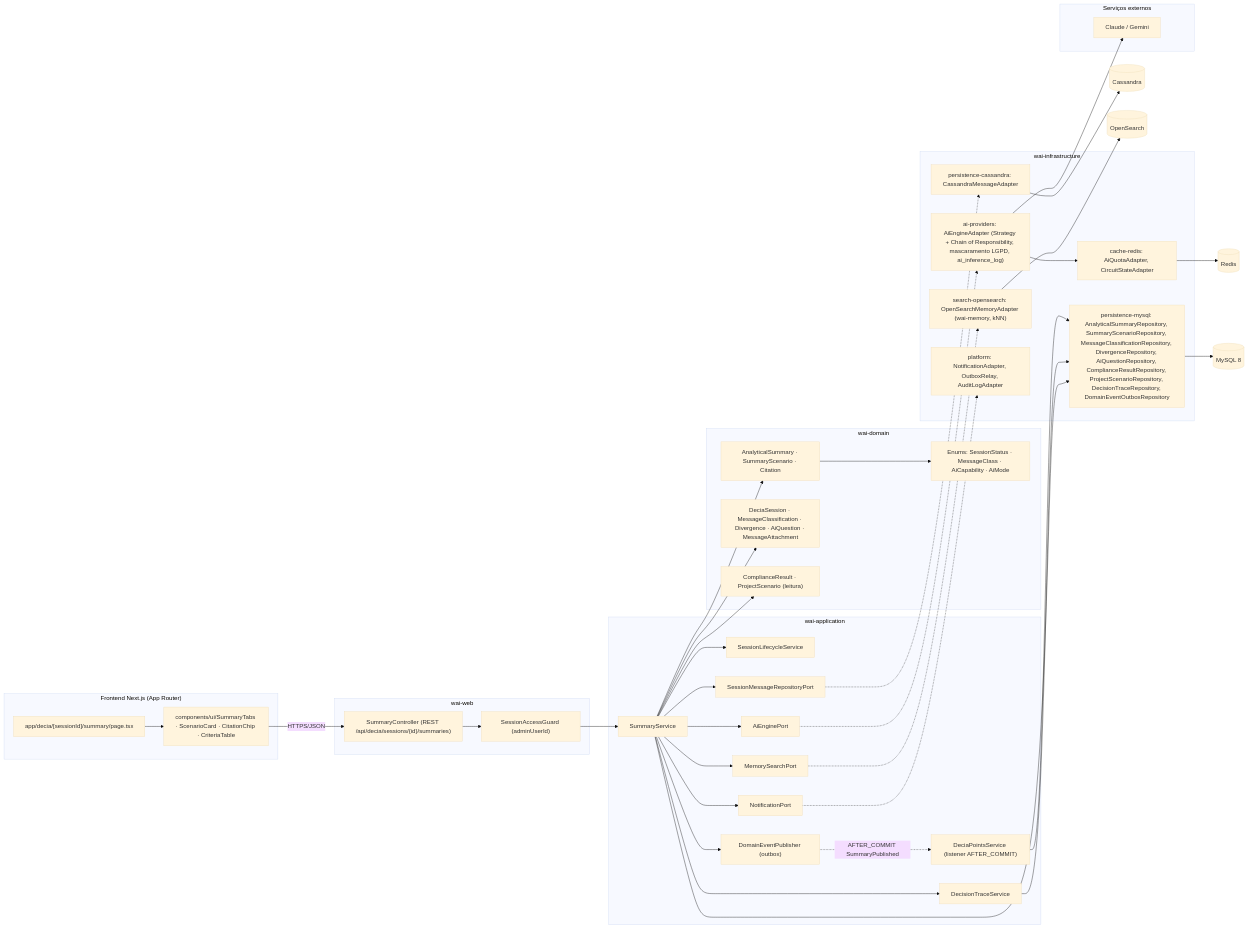
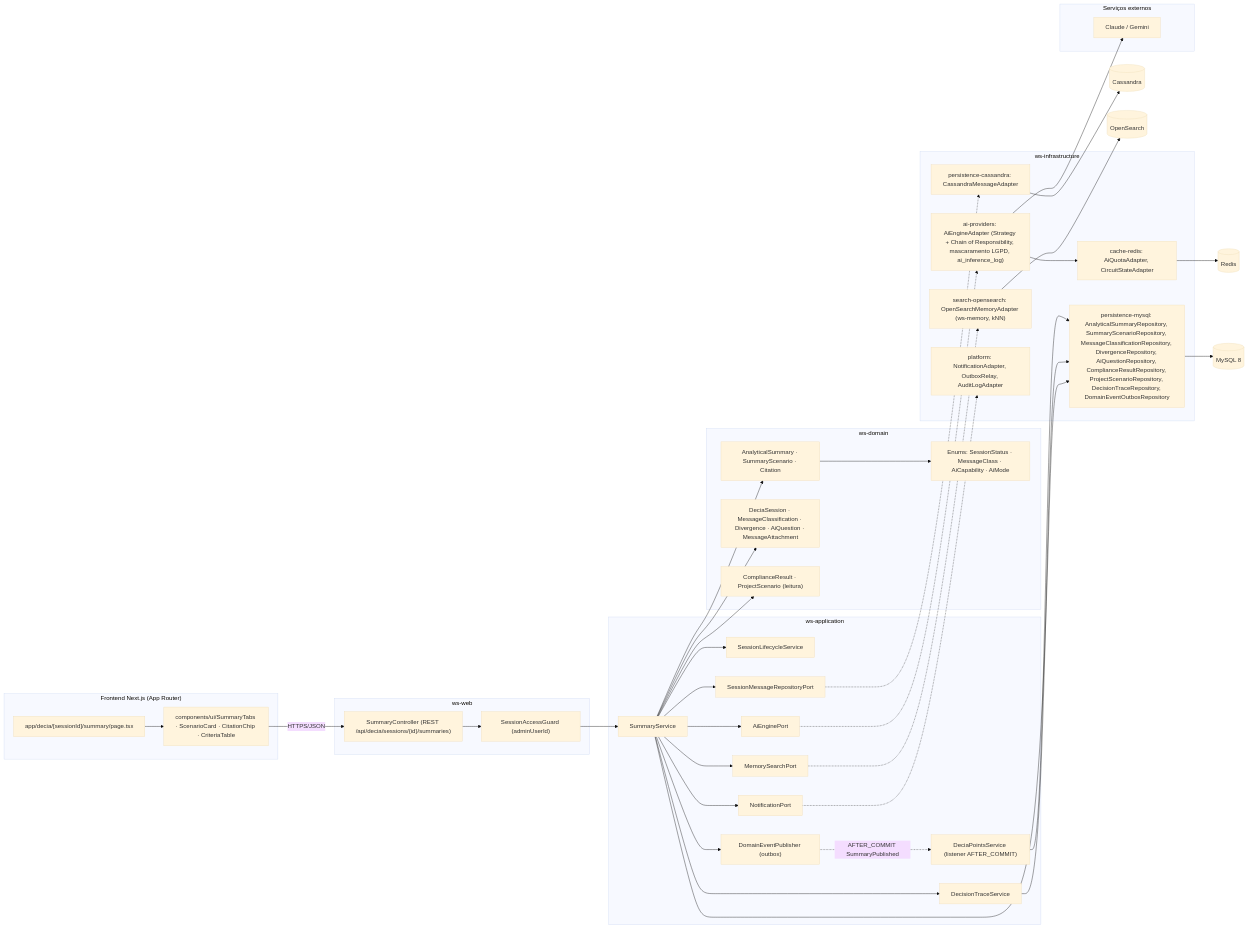
Before and after one commit to MatheusHaliski/Decia-app-2026: the fifth of 5 diagrams in docs/diagramas/RF11/README.md, drawn with Mermaid (base theme). The commit also changed other lines of this file and 65 other files, not shown here.

First line of the commit message:
docs: renomeia o produto para Work Station (módulos ws-*), UserPreferences no diagrama v1, RF44/RF45 ajustados, design system (tokens, components.css, 66 ícones, 112 anatomias SVG, galeria e capturas) e dúvidas Q-36..Q-43

````diff
--- a/docs/diagramas/RF11/README.md
+++ b/docs/diagramas/RF11/README.md
@@ -472,76 +472,76 @@
 ```mermaid
 flowchart LR
   subgraph FE["Frontend Next.js (App Router)"]
     FE1["app/decia/[sessionId]/summary/page.tsx"]
     FE2["components/ui/SummaryTabs · ScenarioCard · CitationChip · CriteriaTable"]
   end
 
-  subgraph WEB["wai-web"]
+  subgraph WEB["ws-web"]
     W1["SummaryController (REST /api/decia/sessions/{id}/summaries)"]
     W2["SessionAccessGuard (adminUserId)"]
   end
 
-  subgraph APP["wai-application"]
+  subgraph APP["ws-application"]
     S1["SummaryService"]
     S2["SessionLifecycleService"]
     S3["DecisionTraceService"]
     S4["DeciaPointsService (listener AFTER_COMMIT)"]
     P1["AiEnginePort"]
     P2["MemorySearchPort"]
     P3["SessionMessageRepositoryPort"]
     P4["NotificationPort"]
     P5["DomainEventPublisher (outbox)"]
   end
 
-  subgraph DOM["wai-domain"]
+  subgraph DOM["ws-domain"]
     D1["AnalyticalSummary · SummaryScenario · Citation"]
     D2["DeciaSession · MessageClassification · Divergence · AiQuestion · MessageAttachment"]
     D3["ComplianceResult · ProjectScenario (leitura)"]
     D4["Enums: SessionStatus · MessageClass · AiCapability · AiMode"]
   end
 
-  subgraph INFRA["wai-infrastructure"]
+  subgraph INFRA["ws-infrastructure"]
     I1["persistence-mysql: AnalyticalSummaryRepository, SummaryScenarioRepository, MessageClassificationRepository, DivergenceRepository, AiQuestionRepository, ComplianceResultRepository, ProjectScenarioRepository, DecisionTraceRepository, DomainEventOutboxRepository"]
     I2["persistence-cassandra: CassandraMessageAdapter"]
-    I3["search-opensearch: OpenSearchMemoryAdapter (wai-memory, kNN)"]
+    I3["search-opensearch: OpenSearchMemoryAdapter (ws-memory, kNN)"]
     I4["cache-redis: AiQuotaAdapter, CircuitStateAdapter"]
     I5["ai-providers: AiEngineAdapter (Strategy + Chain of Responsibility, mascaramento LGPD, ai_inference_log)"]
     I6["platform: NotificationAdapter, OutboxRelay, AuditLogAdapter"]
   end
 
   subgraph EXT["Serviços externos"]
     X1["Claude / Gemini"]
   end
 
   MY[("MySQL 8")]
   CA[("Cassandra")]
   OS[("OpenSearch")]
   RD[("Redis")]
 
   FE1 --> FE2 -->|HTTPS/JSON| W1 --> W2 --> S1
   S1 --> S2
   S1 --> S3
   S1 --> P1
   S1 --> P2
   S1 --> P3
   S1 --> P4
   S1 --> P5
   P5 -.->|AFTER_COMMIT SummaryPublished| S4
   S1 --> D1
   S1 --> D2
   S1 --> D3
   D1 --> D4
   P1 -.-> I5
   P2 -.-> I3
   P3 -.-> I2
   P4 -.-> I6
   I5 --> I4
   S1 --> I1
   S3 --> I1
   S4 --> I1
   I1 --> MY
   I2 --> CA
   I3 --> OS
   I4 --> RD
   I5 --> X1
 ```
````
